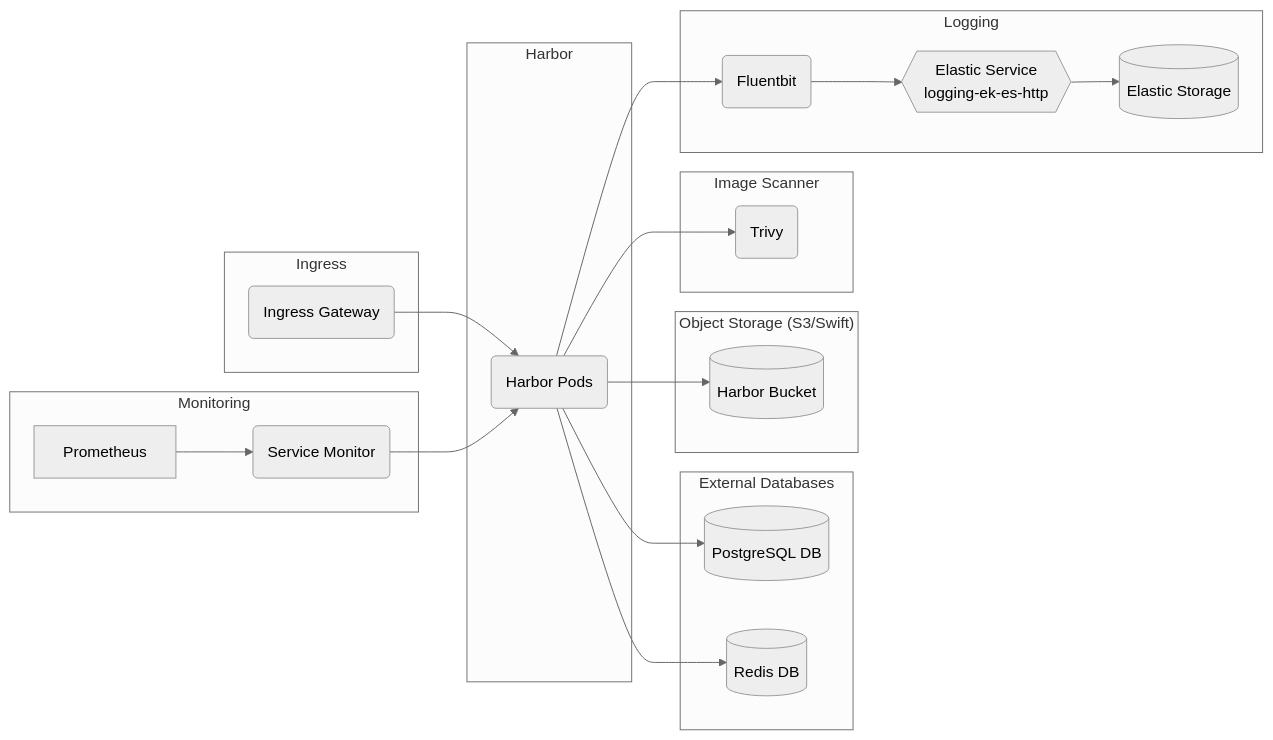
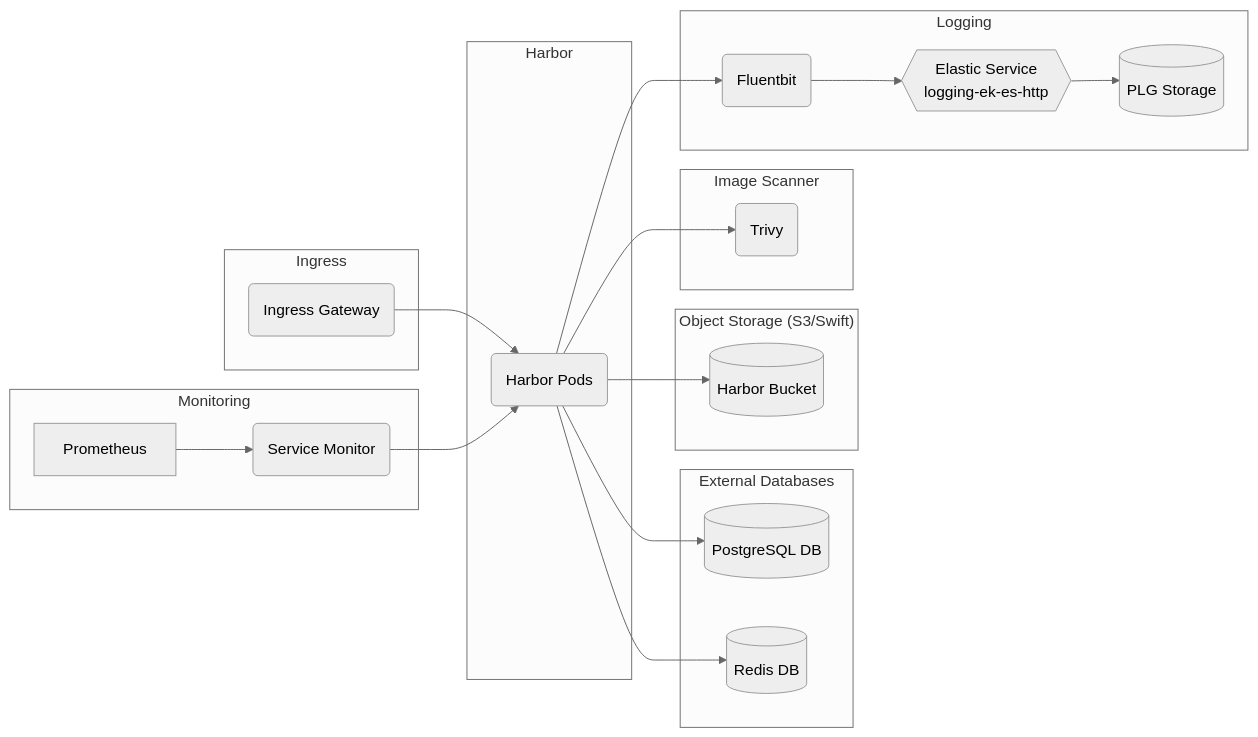
One commit to shebashio/bigbang changed the diagram in docs/understanding-bigbang/package-architecture/harbor.md. Above: the diagram before and after it, drawn with Mermaid (neutral theme). The commit also changed other lines of this file, not shown here.

Commit message:
edit-graph

````diff
--- a/docs/understanding-bigbang/package-architecture/harbor.md
+++ b/docs/understanding-bigbang/package-architecture/harbor.md
@@ -9,33 +9,33 @@
 ```mermaid
 graph LR
   subgraph "Harbor"
     harborpods("Harbor Pods")
   end
 
   subgraph "Ingress"
     ig(Ingress Gateway) --> harborpods("Harbor Pods")
   end
 
   subgraph "External Databases"
     harborpods("Harbor Pods") --> database1[(PostgreSQL DB)]
     harborpods("Harbor Pods") --> database2[(Redis DB)]
   end
 
   subgraph "Object Storage (S3/Swift)"
     harborpods("Harbor Pods") --> bucket[(Harbor Bucket)]
   end
 
   subgraph "Image Scanner"
     harborpods("Harbor Pods") --> Trivy("Trivy")
   end
 
   subgraph "Logging"
     harborpods("Harbor Pods") --> fluent(Fluentbit) --> logging-ek-es-http
-    logging-ek-es-http{{Elastic Service<br />logging-ek-es-http}} --> elastic[(Elastic Storage)]
+    logging-ek-es-http{{Elastic Service<br />logging-ek-es-http}} --> plg[(PLG Storage)]
   end
 
   subgraph "Monitoring"
     svcmonitor("Service Monitor") --> harborpods("Harbor Pods")
     Prometheus --> svcmonitor("Service Monitor")
   end
 ```
````
